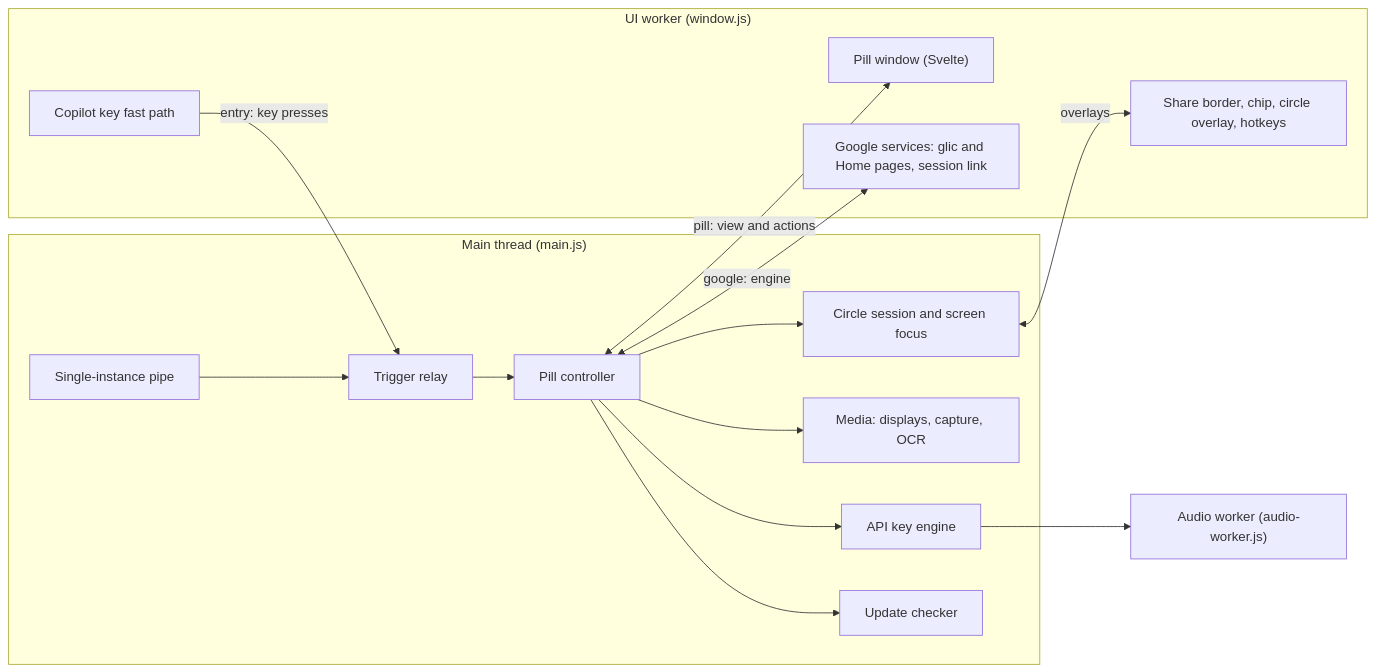
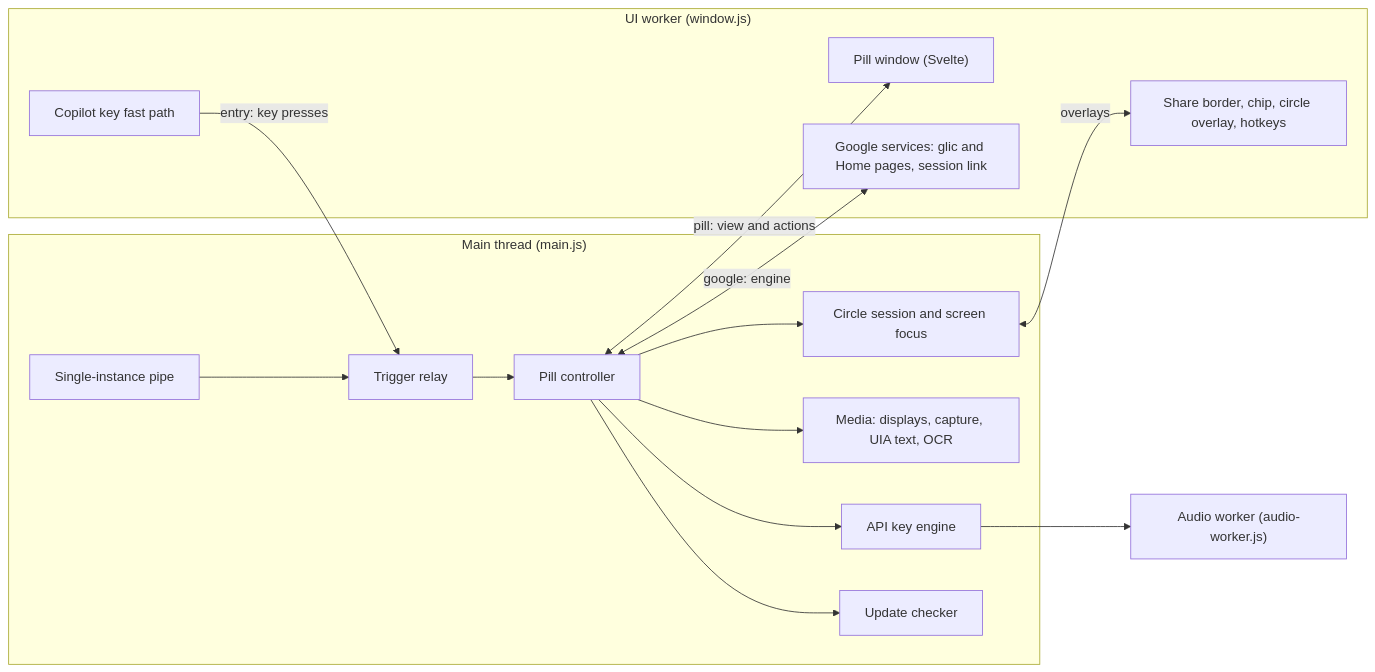
The seventh of 8 diagrams in ARCHITECTURE.md (avi12/gemini-live-for-windows), drawn with Mermaid before and after one commit. The commit also changed other lines of this file and 16 other files, not shown here.

First line of the commit message:
feat(media): read the foreground window's text through UI Automation, OCR as the fallback

````diff
--- a/ARCHITECTURE.md
+++ b/ARCHITECTURE.md
@@ -178,23 +178,23 @@
 ```mermaid
 flowchart LR
   subgraph Main["Main thread (main.js)"]
     Pipe["Single-instance pipe"] --> Relay["Trigger relay"]
     Relay --> Ctl["Pill controller"]
     Ctl --> Api["API key engine"]
-    Ctl --> Media["Media: displays, capture, OCR"]
+    Ctl --> Media["Media: displays, capture, UIA text, OCR"]
     Ctl --> Circle["Circle session and screen focus"]
     Ctl --> Upd["Update checker"]
   end
   subgraph Ui["UI worker (window.js)"]
     Pill["Pill window (Svelte)"]
     Ovl["Share border, chip, circle overlay, hotkeys"]
     Fast["Copilot key fast path"]
     Goog["Google services: glic and Home pages, session link"]
   end
   Audio["Audio worker (audio-worker.js)"]
   Ctl <-->|"pill: view and actions"| Pill
   Circle <-->|"overlays"| Ovl
   Ctl <-->|"google: engine"| Goog
   Fast -->|"entry: key presses"| Relay
   Api --> Audio
 ```
````
